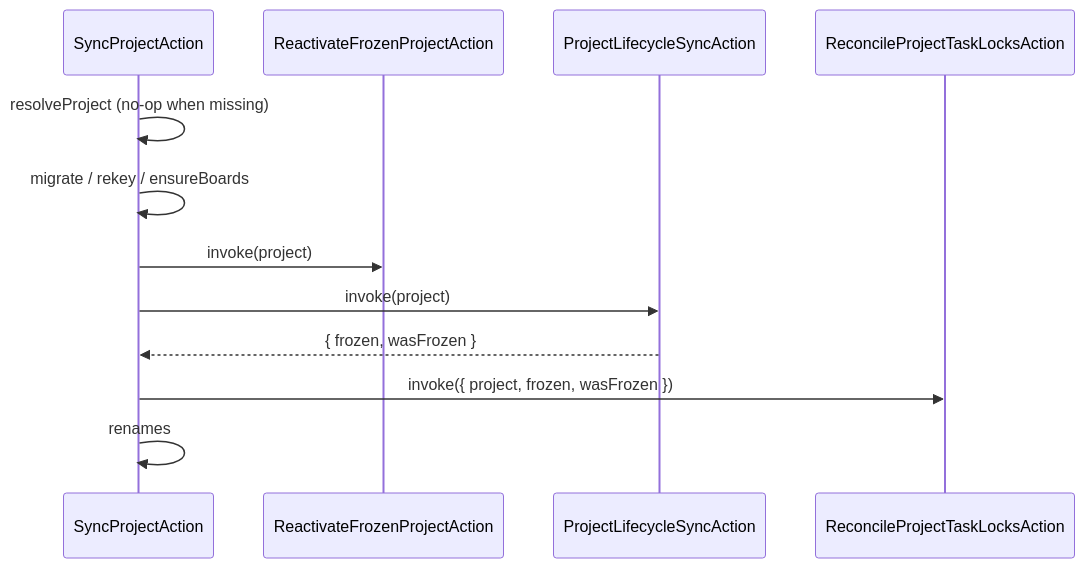
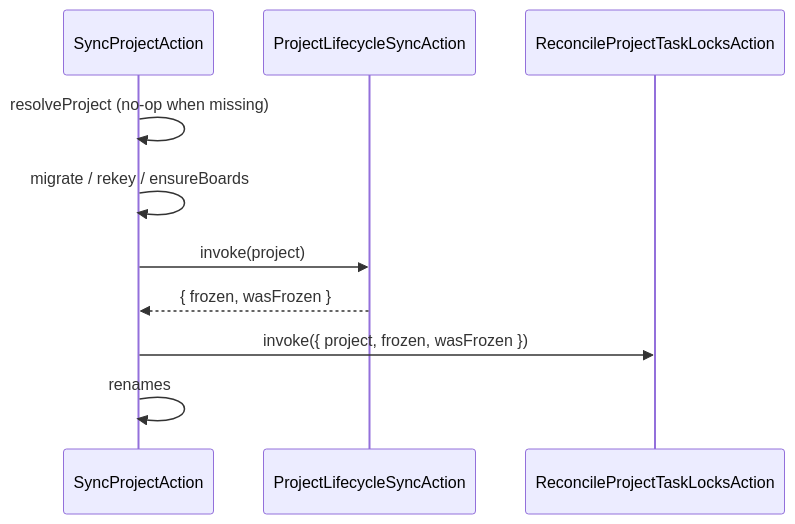
The second of 17 diagrams in docs/developer-manual.md (99linesofcode/obsidian-project-management), drawn with Mermaid before and after one commit. The commit also changed other lines of this file and 16 other files, not shown here.

````diff
--- a/docs/developer-manual.md
+++ b/docs/developer-manual.md
@@ -210,15 +208,13 @@
 ```mermaid
 sequenceDiagram
   participant SP as SyncProjectAction
-  participant React as ReactivateFrozenProjectAction
   participant Life as ProjectLifecycleSyncAction
   participant Lock as ReconcileProjectTaskLocksAction
 
   SP->>SP: resolveProject (no-op when missing)
   SP->>SP: migrate / rekey / ensureBoards
-  SP->>React: invoke(project)
   SP->>Life: invoke(project)
   Life-->>SP: { frozen, wasFrozen }
   SP->>Lock: invoke({ project, frozen, wasFrozen })
   SP->>SP: renames
 ```
````
